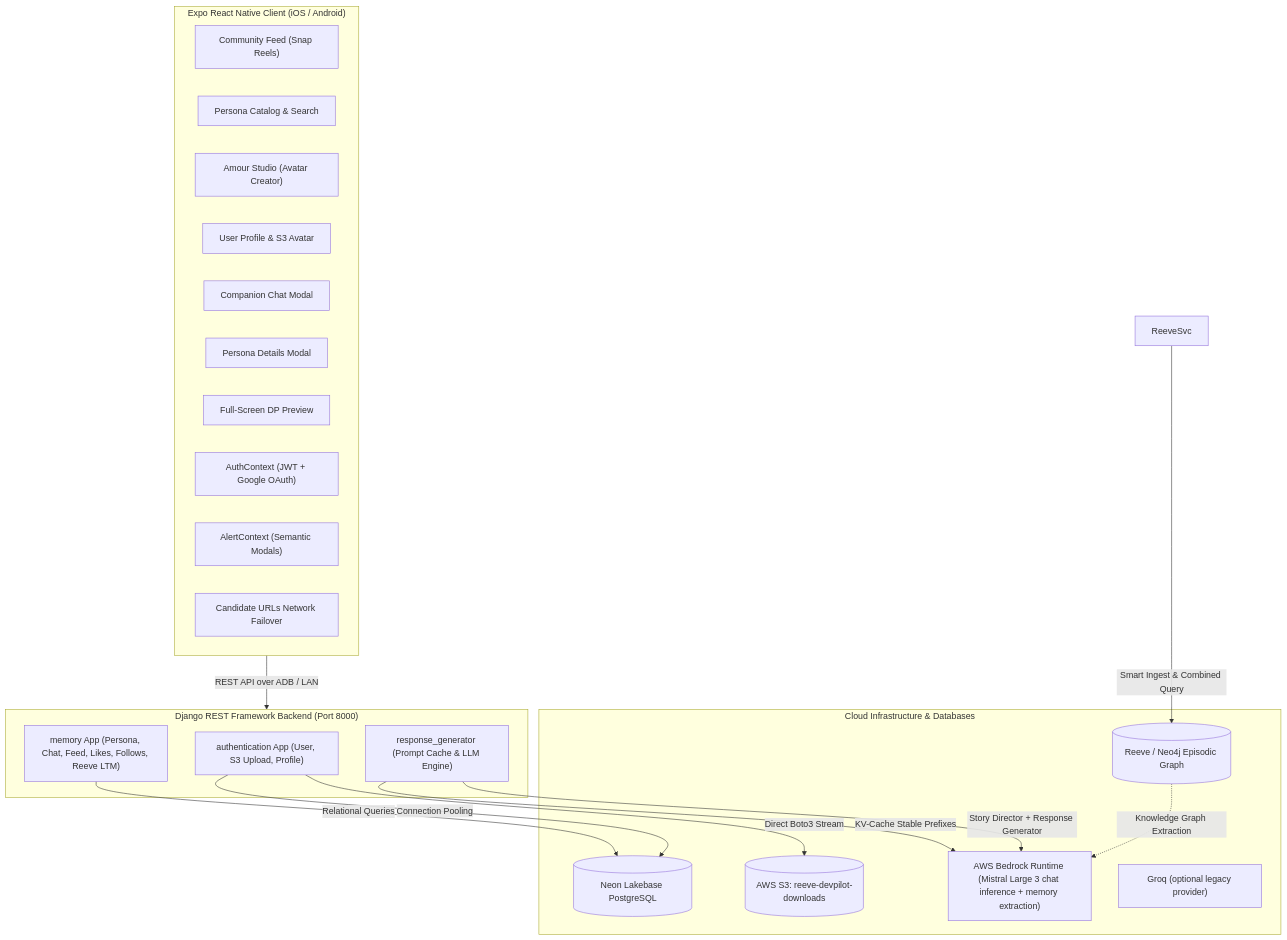
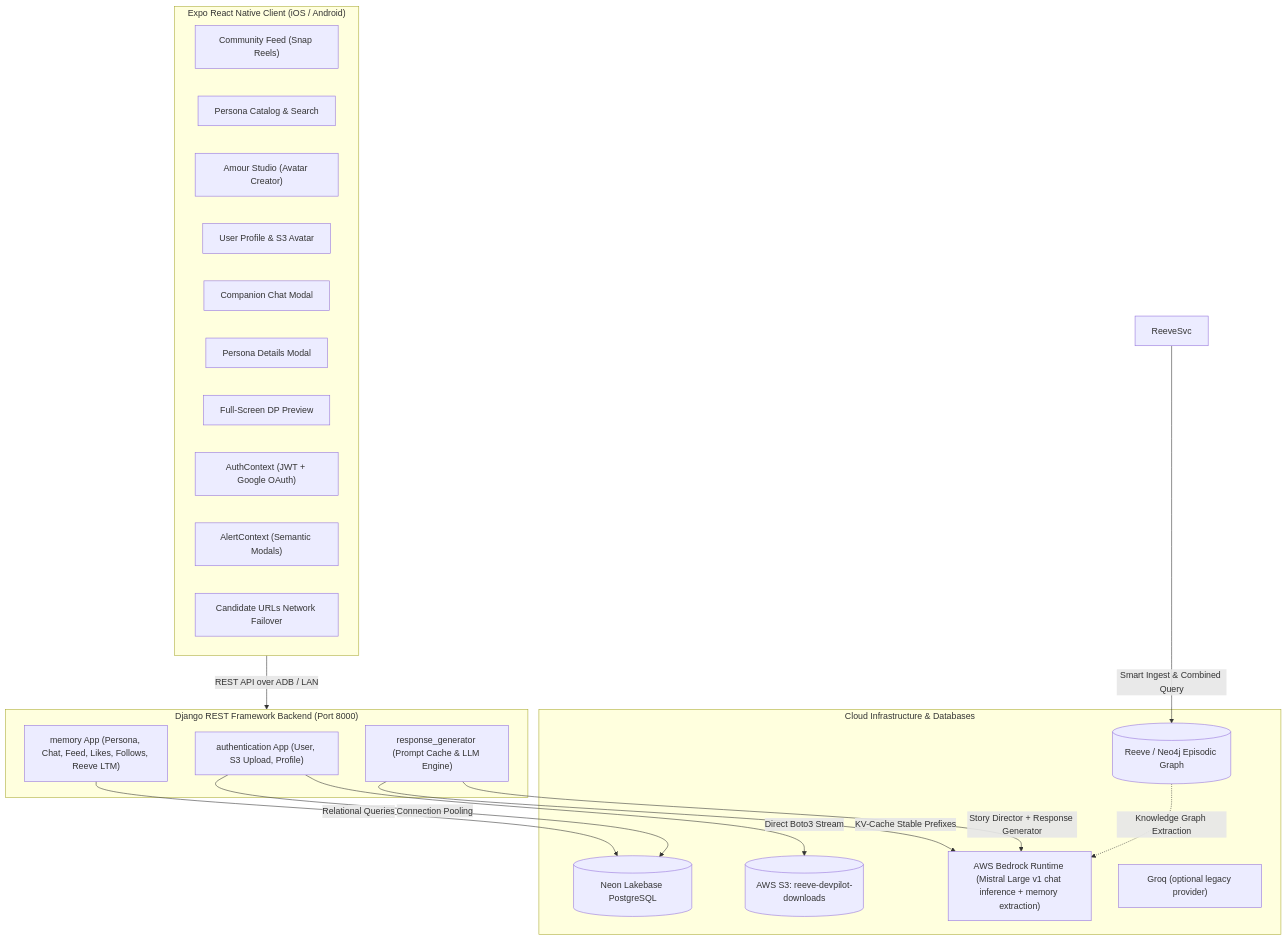
The first of 2 diagrams in SYSTEM_ARCHITECTURE_AND_ENGINEERING.md (Ampplex/Amour-AI), drawn with Mermaid before and after one commit. The commit also changed other lines of this file, not shown here.

Commit message:
Document Mistral Large v1 Bedrock Converse integration

````diff
--- a/SYSTEM_ARCHITECTURE_AND_ENGINEERING.md
+++ b/SYSTEM_ARCHITECTURE_AND_ENGINEERING.md
@@ -39,39 +39,39 @@
 ```mermaid
 flowchart TD
     subgraph Client ["Expo React Native Client (iOS / Android)"]
         UI_Home["Community Feed (Snap Reels)"]
         UI_Personas["Persona Catalog & Search"]
         UI_Studio["Amour Studio (Avatar Creator)"]
         UI_Profile["User Profile & S3 Avatar"]
         UI_Chat["Companion Chat Modal"]
         UI_Detail["Persona Details Modal"]
         UI_Preview["Full-Screen DP Preview"]
         
         AuthCtx["AuthContext (JWT + Google OAuth)"]
         AlertCtx["AlertContext (Semantic Modals)"]
         NetFail["Candidate URLs Network Failover"]
     end
 
     subgraph Backend ["Django REST Framework Backend (Port 8000)"]
         AuthApp["authentication App (User, S3 Upload, Profile)"]
         MemApp["memory App (Persona, Chat, Feed, Likes, Follows, Reeve LTM)"]
         RespGen["response_generator (Prompt Cache & LLM Engine)"]
     end
 
     subgraph Storage ["Cloud Infrastructure & Databases"]
         NeonPG[("Neon Lakebase PostgreSQL")]
         S3Bucket[("AWS S3: reeve-devpilot-downloads")]
         ReeveGraph[("Reeve / Neo4j Episodic Graph")]
-        Bedrock["AWS Bedrock Runtime (Mistral Large 3 chat inference + memory extraction)"]
+        Bedrock["AWS Bedrock Runtime (Mistral Large v1 chat inference + memory extraction)"]
         Groq["Groq (optional legacy provider)"]
     end
 
     Client -->|REST API over ADB / LAN| Backend
     AuthApp -->|Connection Pooling| NeonPG
     AuthApp -->|Direct Boto3 Stream| S3Bucket
     MemApp -->|Relational Queries| NeonPG
     ReeveSvc -->|Smart Ingest & Combined Query| ReeveGraph
     ReeveGraph -.->|Knowledge Graph Extraction| Bedrock
     RespGen -->|Story Director + Response Generator| Bedrock
     RespGen -->|KV-Cache Stable Prefixes| Bedrock
 ```
````
